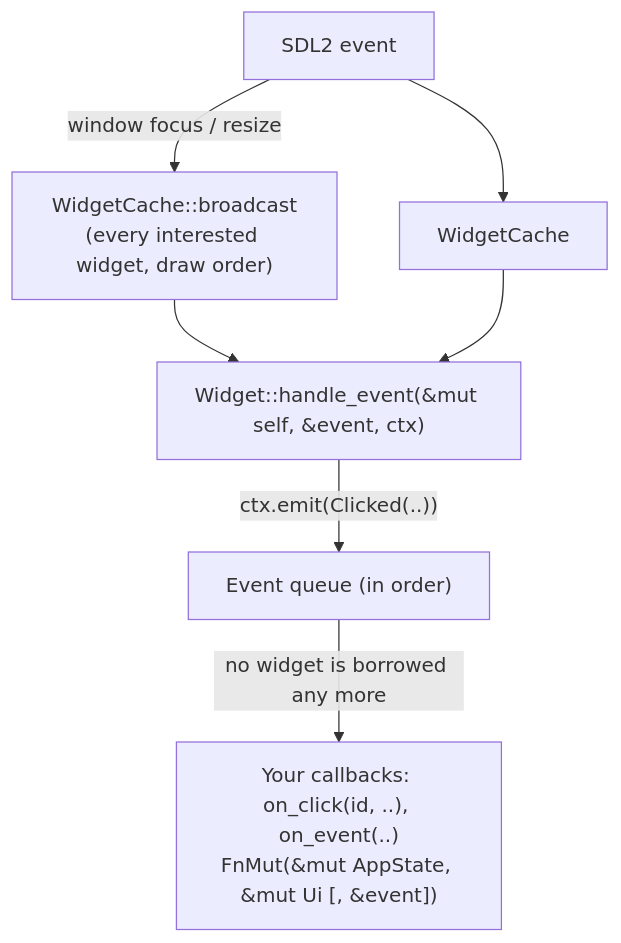
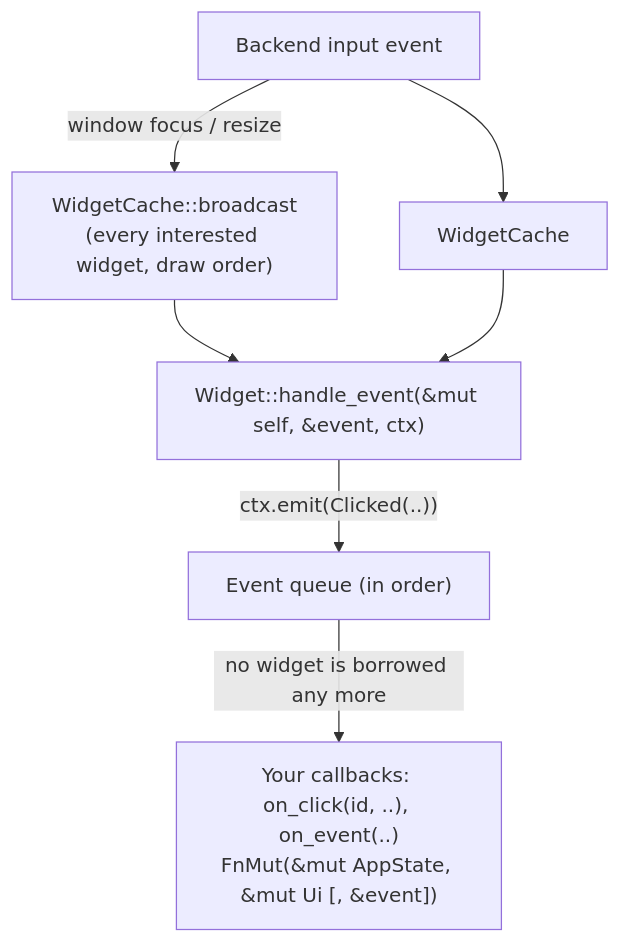
The diagram in pushrod-docs/docs/guides/handling-events.md (KenSuenobu/rust-pushrod), drawn with Mermaid before and after one commit. The commit also changed other lines of this file and 62 other files, not shown here.

Commit message:
Fix #134 - Backend crates: keep SDL out of the core and the widgets

````diff
--- a/pushrod-docs/docs/guides/handling-events.md
+++ b/pushrod-docs/docs/guides/handling-events.md
@@ -66,9 +66,9 @@
 ```mermaid
 flowchart TD
-    A[SDL2 event] --> B[WidgetCache]
+    A[Backend input event] --> B[WidgetCache]
     A -- "window focus / resize" --> W["WidgetCache::broadcast<br/>(every interested widget, draw order)"]
     W --> C
     B --> C["Widget::handle_event(&mut self, &event, ctx)"]
     C -- "ctx.emit(Clicked(..))" --> D["Event queue (in order)"]
     D -- "no widget is borrowed any more" --> E["Your callbacks: on_click(id, ..), on_event(..)<br/>FnMut(&mut AppState, &mut Ui [, &event])"]
 ```
````
